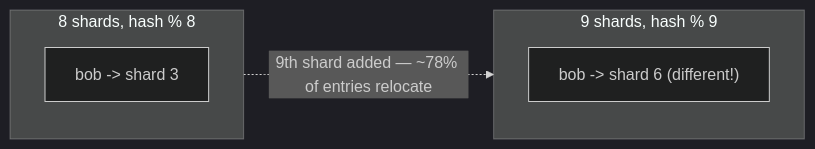
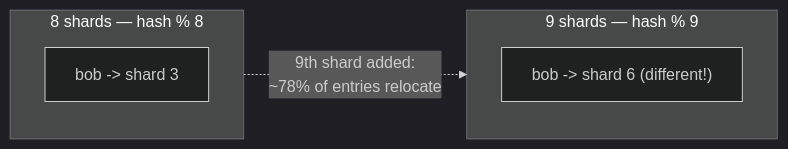
The seventh of 19 diagrams in system-design/HLD/0-course/36-WhatsApp-FAANG-Guide-story.md (riyaz-pasha/Learnings), drawn with Mermaid (dark theme) before and after one commit. The commit also changed other lines of this file and 5 other files, not shown here.

Commit message:
[REWRITE] Design Newsfeed story guide: simplify prose, add structure, fix diagrams

````diff
--- a/system-design/HLD/0-course/36-WhatsApp-FAANG-Guide-story.md
+++ b/system-design/HLD/0-course/36-WhatsApp-FAANG-Guide-story.md
@@ -136,10 +292,10 @@
 ```mermaid
 flowchart LR
-    subgraph Before["8 shards, hash % 8"]
+    subgraph Before["8 shards — hash % 8"]
         E1["bob -> shard 3"]
     end
-    subgraph After["9 shards, hash % 9"]
+    subgraph After["9 shards — hash % 9"]
         E2["bob -> shard 6 (different!)"]
     end
-    Before -.->|"9th shard added — ~78% of entries relocate"| After
+    Before -.->|"9th shard added:<br/>~78% of entries relocate"| After
 ```
````
